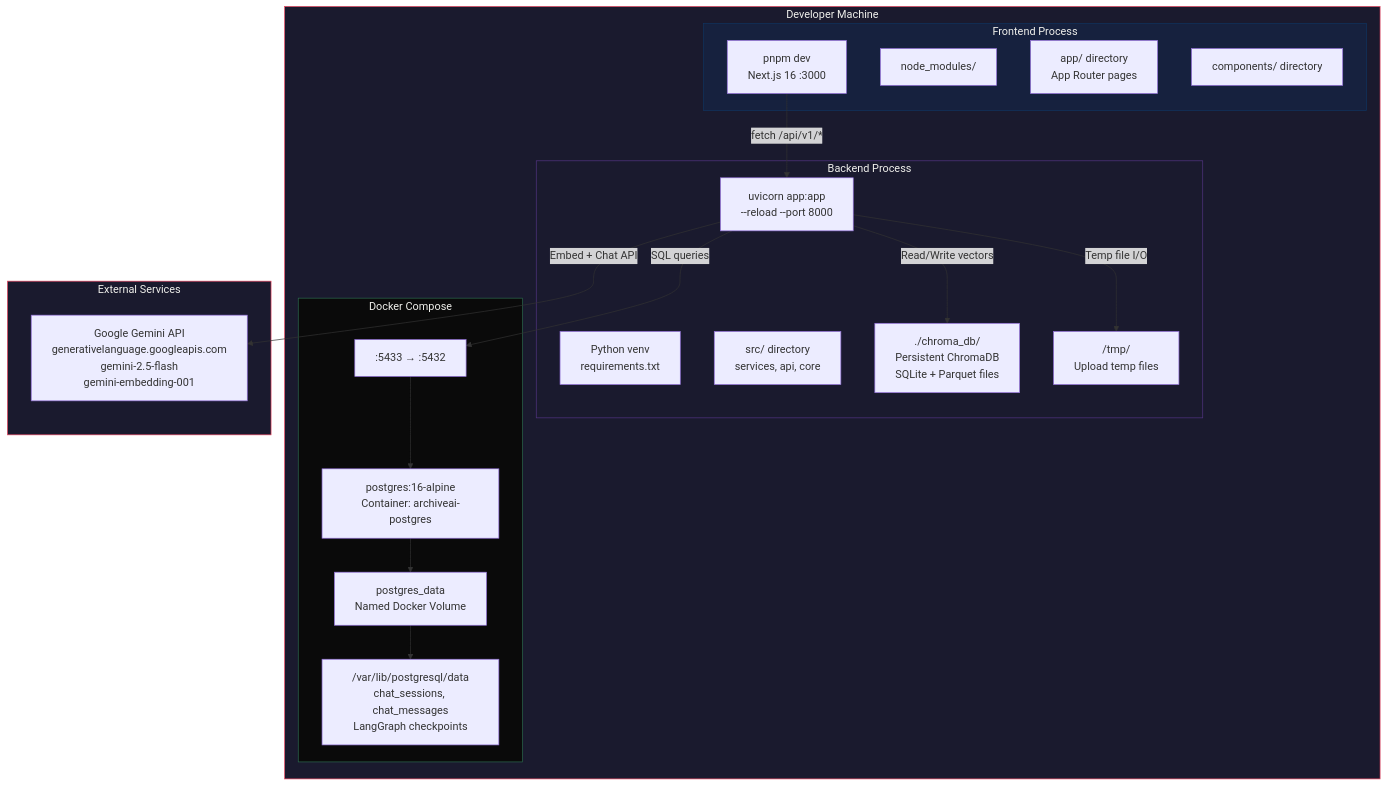
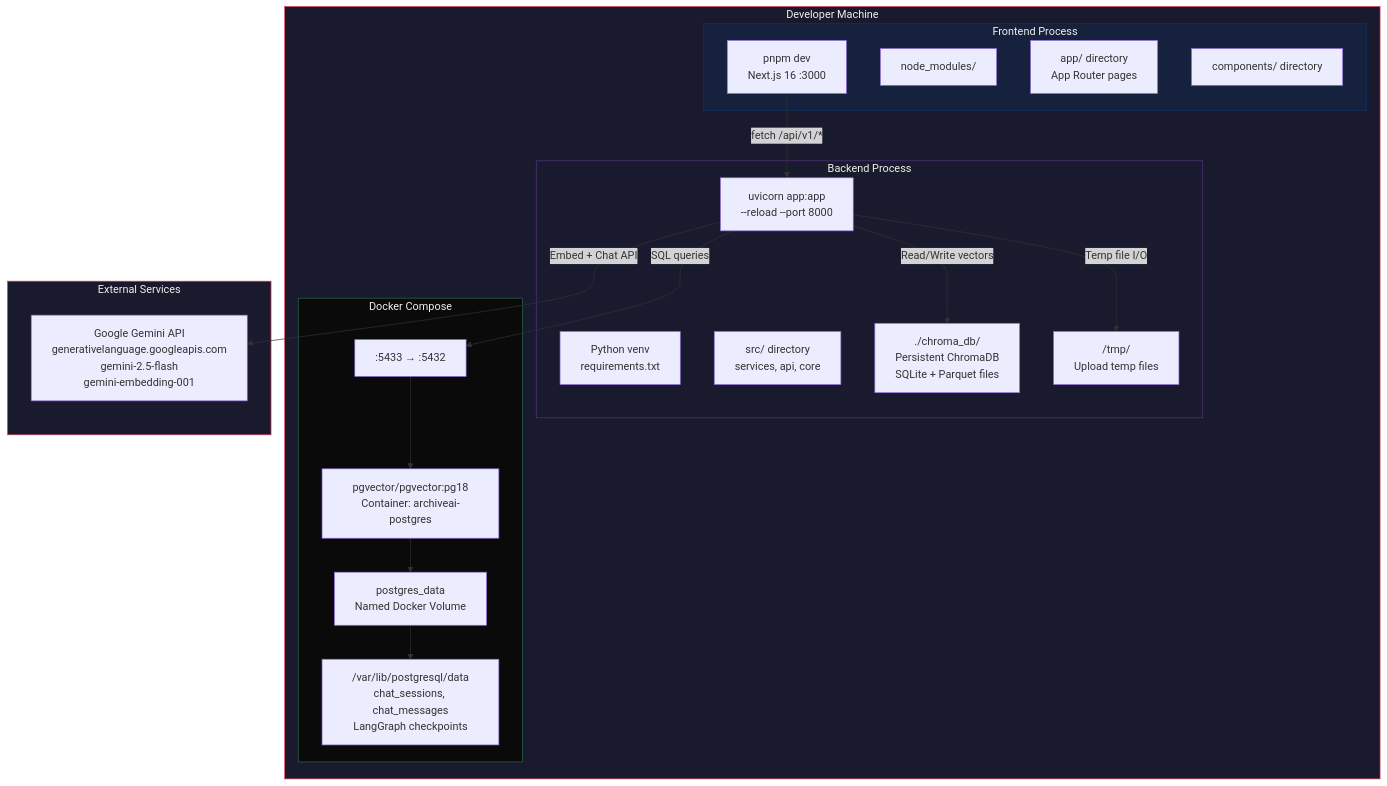
Before and after one commit to Timmy00125/ArchiveAI: the diagram in diagrams/21-deployment-infrastructure.md, drawn with Mermaid. The commit also changed 6 other files, not shown here.

````diff
--- a/diagrams/21-deployment-infrastructure.md
+++ b/diagrams/21-deployment-infrastructure.md
@@ -5,46 +5,46 @@
 ```mermaid
 graph TB
     subgraph DeveloperMachine["Developer Machine"]
         subgraph FrontendContainer["Frontend Process"]
             NextDev["pnpm dev<br/>Next.js 16 :3000"]
             NodeModules["node_modules/"]
             AppDir["app/ directory<br/>App Router pages"]
             ComponentsDir["components/ directory"]
         end
 
         subgraph BackendContainer["Backend Process"]
             UvicornDev["uvicorn app:app<br/>--reload --port 8000"]
             Venv["Python venv<br/>requirements.txt"]
             SrcDir["src/ directory<br/>services, api, core"]
             ChromaData["./chroma_db/<br/>Persistent ChromaDB<br/>SQLite + Parquet files"]
             TempDir["/tmp/<br/>Upload temp files"]
         end
 
         subgraph DockerServices["Docker Compose"]
-            PGContainer["postgres:16-alpine<br/>Container: archiveai-postgres"]
+            PGContainer["pgvector/pgvector:pg18<br/>Container: archiveai-postgres"]
             PGPort[":5433 → :5432"]
             PGVolume["postgres_data<br/>Named Docker Volume"]
             PGData["/var/lib/postgresql/data<br/>chat_sessions, chat_messages<br/>LangGraph checkpoints"]
         end
     end
 
     subgraph ExternalServices["External Services"]
         GeminiCloud["Google Gemini API<br/>generativelanguage.googleapis.com<br/>gemini-2.5-flash<br/>gemini-embedding-001"]
     end
 
     NextDev -->|"fetch /api/v1/*"| UvicornDev
     UvicornDev -->|"SQL queries"| PGPort
     PGPort --> PGContainer
     PGContainer --> PGVolume
     PGVolume --> PGData
 
     UvicornDev -->|"Embed + Chat API"| GeminiCloud
     UvicornDev -->|"Read/Write vectors"| ChromaData
     UvicornDev -->|"Temp file I/O"| TempDir
 
     style DeveloperMachine fill:#1a1a2e,stroke:#e94560,color:#f0f0ec
     style FrontendContainer fill:#16213e,stroke:#0f3460,color:#f0f0ec
     style BackendContainer fill:#1a1a2e,stroke:#533483,color:#f0f0ec
     style DockerServices fill:#0a0a0a,stroke:#2d6a4f,color:#f0f0ec
     style ExternalServices fill:#1a1a2e,stroke:#e94560,color:#f0f0ec
 ```
````
